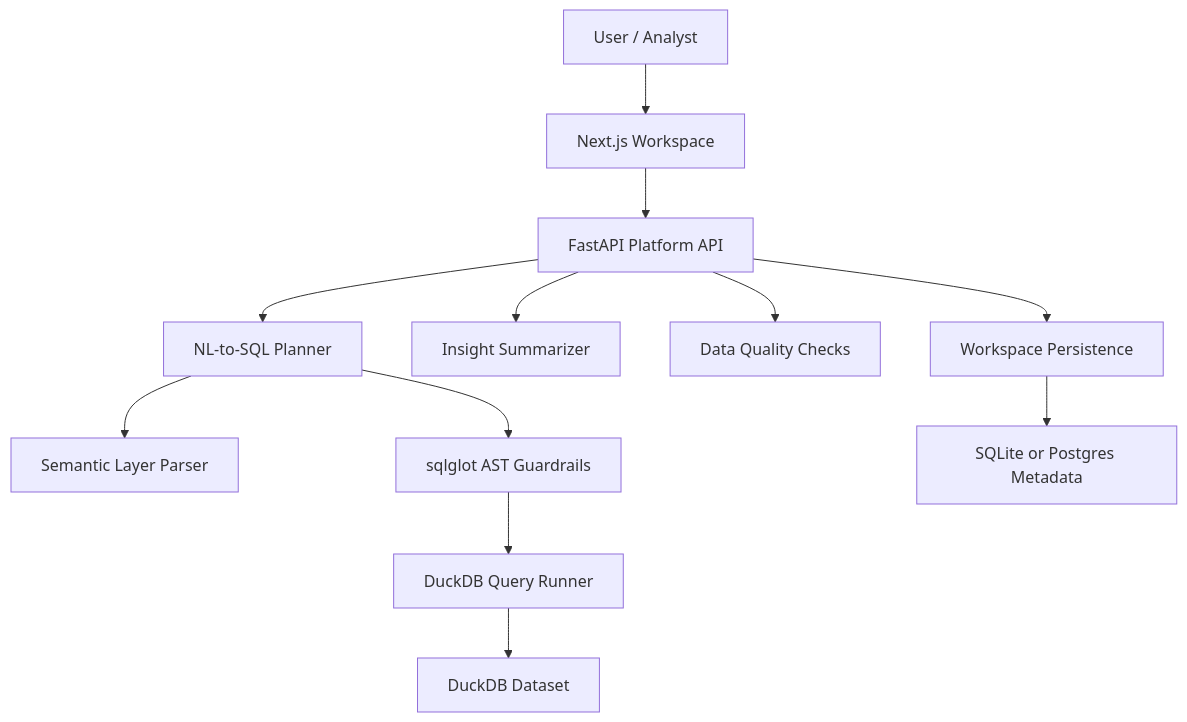
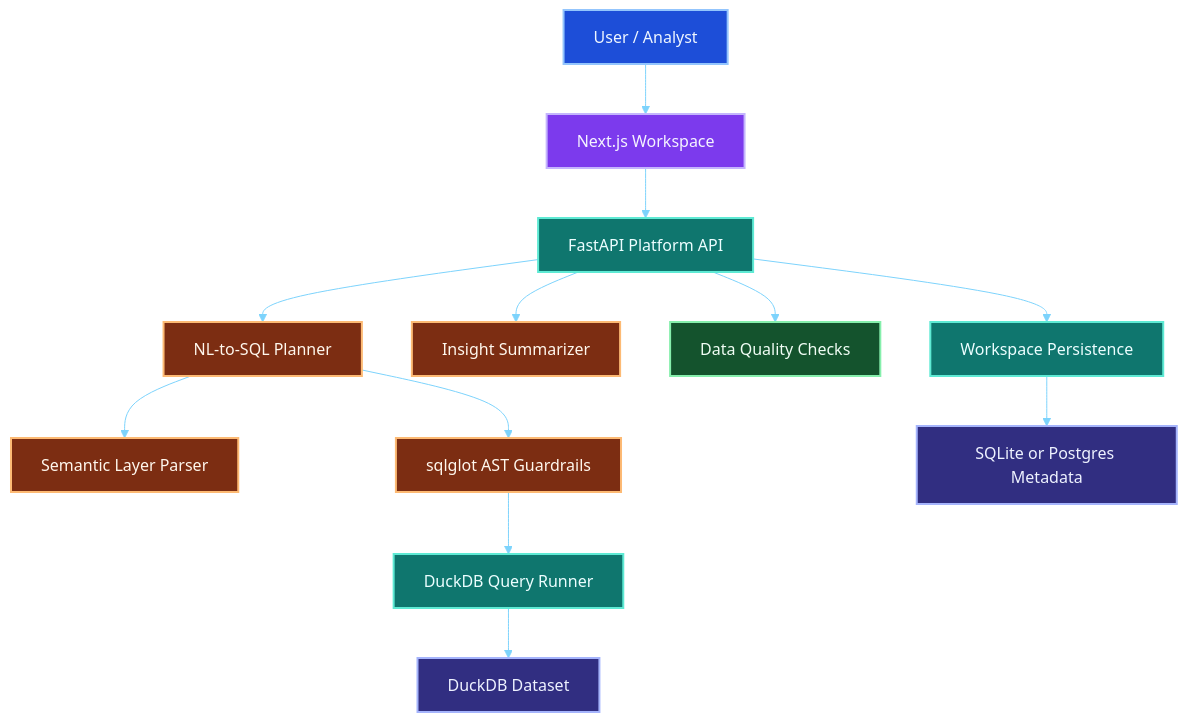
The first of 3 diagrams in README.md (PSR94/helios), drawn with Mermaid before and after one commit. The commit also changed other lines of this file, not shown here.

Commit message:
docs: refine README diagrams with styled architecture and flow visuals

````diff
--- a/README.md
+++ b/README.md
@@ -93,14 +93,40 @@
 ```mermaid
+%%{init: {'theme':'base','themeVariables':{
+  'background':'#0b1020',
+  'primaryColor':'#13203a',
+  'primaryTextColor':'#e5eefc',
+  'primaryBorderColor':'#60a5fa',
+  'lineColor':'#7dd3fc',
+  'secondaryColor':'#0f1b33',
+  'secondaryTextColor':'#dbeafe',
+  'tertiaryColor':'#0b1328',
+  'tertiaryTextColor':'#c7d2fe'
+}}}%%
 graph TD
     User["User / Analyst"] --> Web["Next.js Workspace"]
     Web --> API["FastAPI Platform API"]
     API --> Planner["NL-to-SQL Planner"]
     Planner --> Semantic["Semantic Layer Parser"]
     Planner --> Validator["sqlglot AST Guardrails"]
     Validator --> Runner["DuckDB Query Runner"]
     API --> Summarizer["Insight Summarizer"]
     API --> Quality["Data Quality Checks"]
     API --> Workspace["Workspace Persistence"]
     Runner --> DuckDB["DuckDB Dataset"]
     Workspace --> Meta["SQLite or Postgres Metadata"]
+
+    classDef user fill:#1d4ed8,stroke:#93c5fd,color:#eff6ff,stroke-width:2px;
+    classDef frontend fill:#7c3aed,stroke:#c4b5fd,color:#f5f3ff,stroke-width:2px;
+    classDef backend fill:#0f766e,stroke:#5eead4,color:#ecfeff,stroke-width:2px;
+    classDef logic fill:#7c2d12,stroke:#fdba74,color:#fff7ed,stroke-width:2px;
+    classDef trust fill:#14532d,stroke:#86efac,color:#f0fdf4,stroke-width:2px;
+    classDef storage fill:#312e81,stroke:#a5b4fc,color:#eef2ff,stroke-width:2px;
+
+    class User user;
+    class Web frontend;
+    class API backend;
+    class Planner,Semantic,Validator,Summarizer logic;
+    class Quality trust;
+    class Runner,Workspace backend;
+    class DuckDB,Meta storage;
 ```
````
